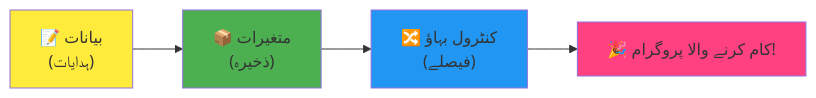
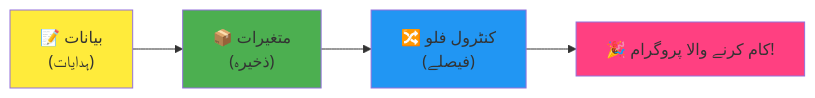
The fourth of 7 diagrams in translations/ur/1-getting-started-lessons/1-intro-to-programming-languages/README.md (microsoft/Web-Dev-For-Beginners), drawn with Mermaid before and after one commit. The commit also changed other lines of this file and 8 other files, not shown here.

````diff
--- a/translations/ur/1-getting-started-lessons/1-intro-to-programming-languages/README.md
+++ b/translations/ur/1-getting-started-lessons/1-intro-to-programming-languages/README.md
@@ -470,9 +467,9 @@
 ```mermaid
 flowchart LR
-    A["📝 بیانات<br/>(ہدایات)"] --> B["📦 متغیرات<br/>(ذخیرہ)"] --> C["🔀 کنٹرول بہاؤ<br/>(فیصلے)"] --> D["🎉 کام کرنے والا پروگرام!"]
+    A["📝 بیانات<br/>(ہدایات)"] --> B["📦 متغیرات<br/>(ذخیرہ)"] --> C["🔀 کنٹرول فلو<br/>(فیصلے)"] --> D["🎉 کام کرنے والا پروگرام!"]
     
     style A fill:#ffeb3b
     style B fill:#4caf50
     style C fill:#2196f3
     style D fill:#ff4081
-```  
+```
````
